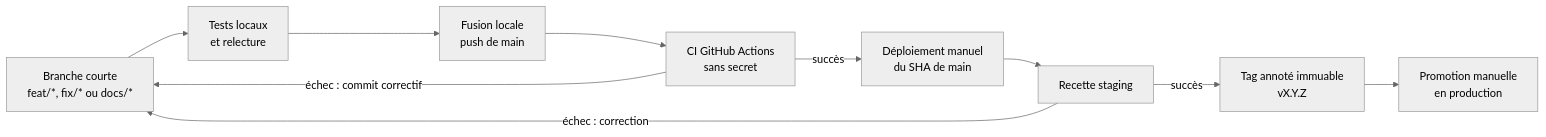
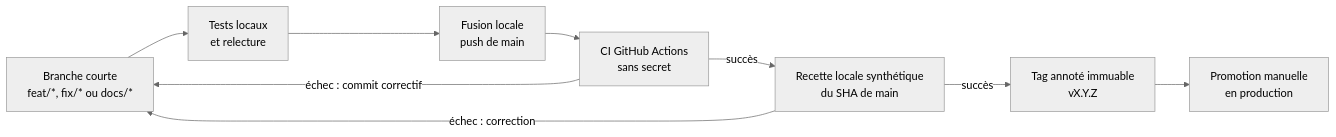
Before and after one commit to dev-vauclaire/mevo2glpi: the diagram in docs/reference/ci-cd.md, drawn with Mermaid (neutral theme). The commit also changed other lines of this file and 42 other files, not shown here.

````diff
--- a/docs/reference/ci-cd.md
+++ b/docs/reference/ci-cd.md
@@ -22,17 +22,15 @@
 ```mermaid
 flowchart LR
     DEV["Branche courte<br/>feat/*, fix/* ou docs/*"]
     LOCAL["Tests locaux<br/>et relecture"]
     MAIN["Fusion locale<br/>push de main"]
     CI["CI GitHub Actions<br/>sans secret"]
-    STAGING["Déploiement manuel<br/>du SHA de main"]
-    RECIPE["Recette staging"]
+    VALIDATION["Recette locale synthétique<br/>du SHA de main"]
     TAG["Tag annoté immuable<br/>vX.Y.Z"]
     PROD["Promotion manuelle<br/>en production"]
 
     DEV --> LOCAL --> MAIN --> CI
-    CI -->|succès| STAGING --> RECIPE
-    RECIPE -->|succès| TAG --> PROD
+    CI -->|succès| VALIDATION -->|succès| TAG --> PROD
     CI -->|échec : commit correctif| DEV
-    RECIPE -->|échec : correction| DEV
+    VALIDATION -->|échec : correction| DEV
 ```
````
